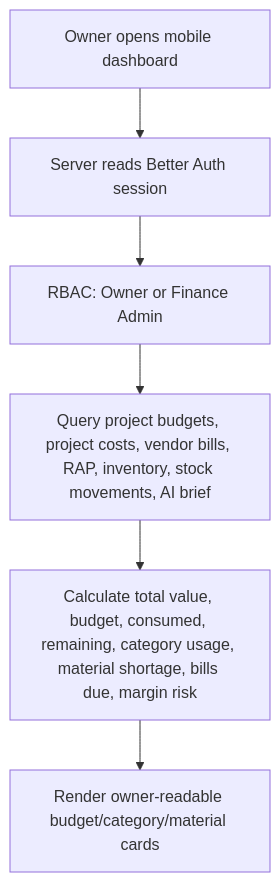
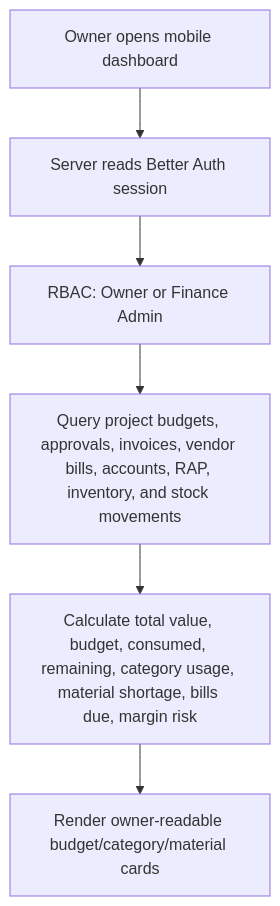
The first of 12 diagrams in docs/03-flows/FLOWS.md (LibranRst/atria-erp), drawn with Mermaid before and after one commit. The commit also changed other lines of this file and 183 other files, not shown here.

````diff
--- a/docs/03-flows/FLOWS.md
+++ b/docs/03-flows/FLOWS.md
@@ -10,8 +10,8 @@
 ```mermaid
 flowchart TD
   A["Owner opens mobile dashboard"] --> B["Server reads Better Auth session"]
   B --> C["RBAC: Owner or Finance Admin"]
-  C --> D["Query project budgets, project costs, vendor bills, RAP, inventory, stock movements, AI brief"]
+  C --> D["Query project budgets, approvals, invoices, vendor bills, accounts, RAP, inventory, and stock movements"]
   D --> E["Calculate total value, budget, consumed, remaining, category usage, material shortage, bills due, margin risk"]
   E --> F["Render owner-readable budget/category/material cards"]
 ```
````
